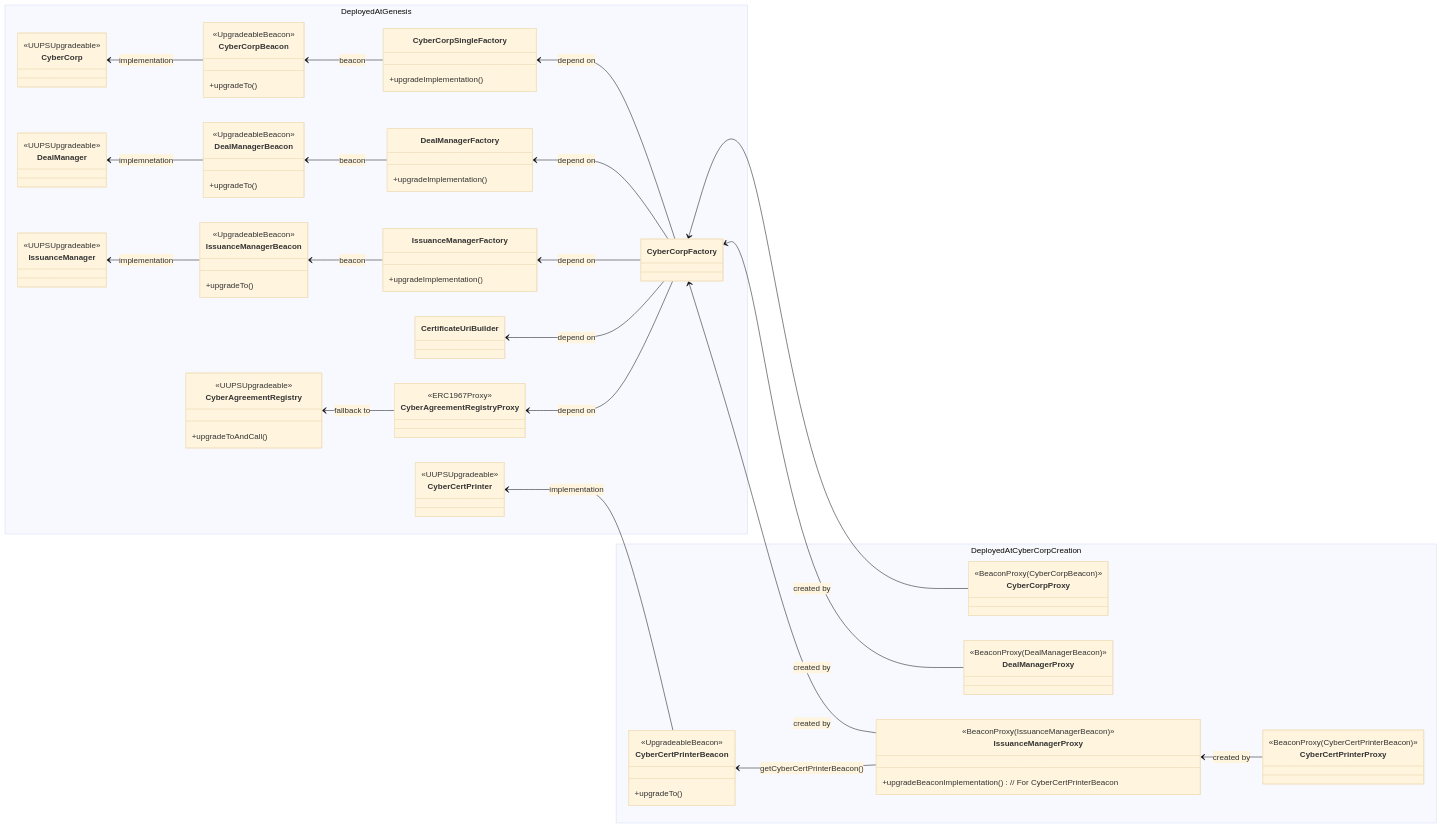
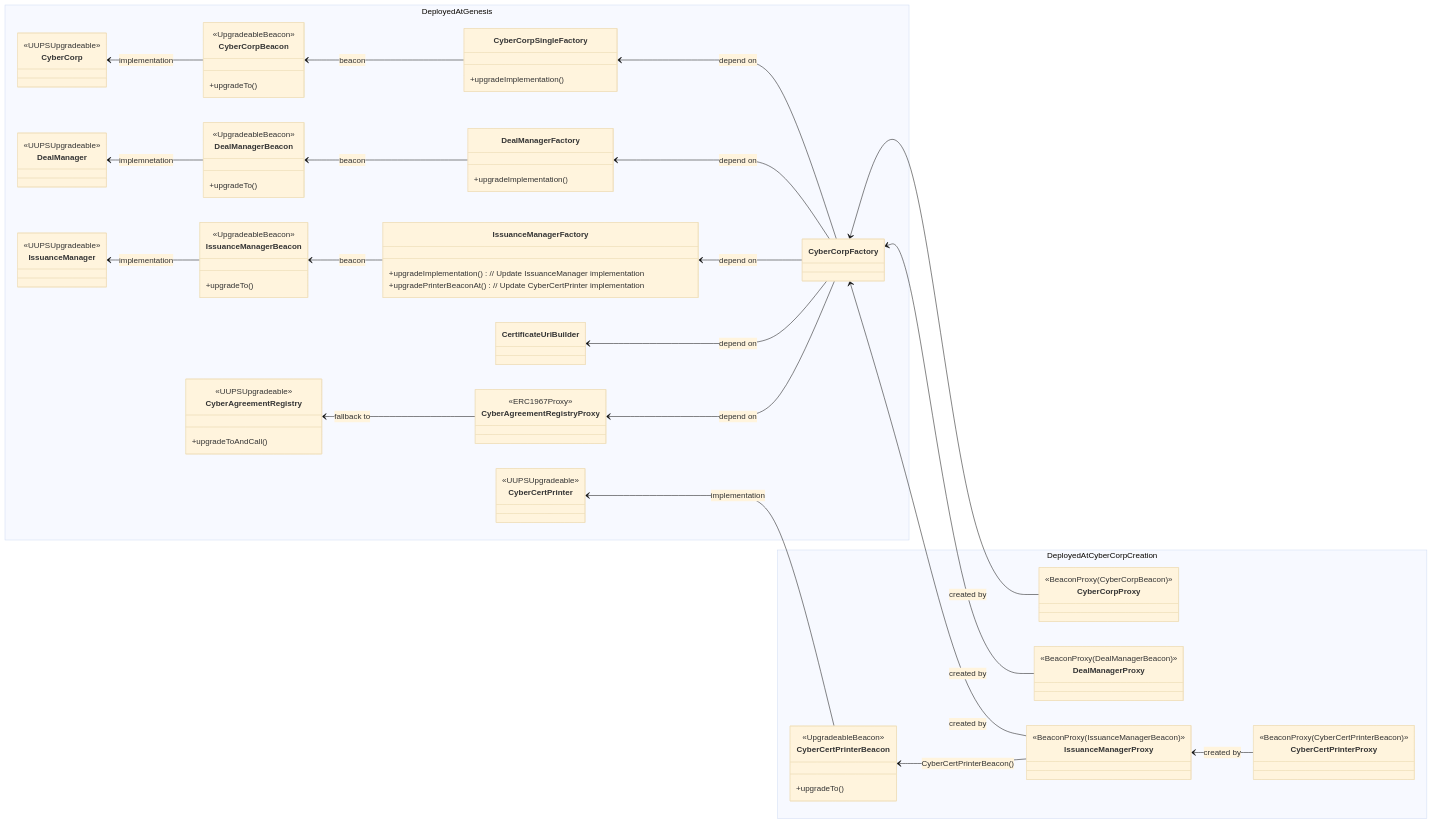
One commit to MetaLex-Tech/cybercorps-contracts changed the diagram in reports/upgradeability-analysis.md. Above: the diagram before and after it, drawn with Mermaid (base theme).

Commit message:
chore: Update scopes on beacon implementation upgrades

````diff
--- a/reports/upgradeability-analysis.md
+++ b/reports/upgradeability-analysis.md
@@ -45,7 +45,8 @@
             +upgradeTo()
         }
         class IssuanceManagerFactory {
-            +upgradeImplementation()
+            +upgradeImplementation() // Update IssuanceManager implementation
+            +upgradePrinterBeaconAt() // Update CyberCertPrinter implementation
         }
         
         class CertificateUriBuilder
@@ -77,7 +78,6 @@
         
         class IssuanceManagerProxy {
             <<BeaconProxy(IssuanceManagerBeacon)>>
-            +upgradeBeaconImplementation() // For CyberCertPrinterBeacon
         }
         
         class CyberCertPrinterBeacon {
@@ -112,6 +112,6 @@
     CyberCorpFactory <-- DealManagerProxy : created by
     
     CyberCertPrinter <-- CyberCertPrinterBeacon : implementation    
-    CyberCertPrinterBeacon <-- IssuanceManagerProxy : getCyberCertPrinterBeacon()
+    CyberCertPrinterBeacon <-- IssuanceManagerProxy : CyberCertPrinterBeacon()
     IssuanceManagerProxy <-- CyberCertPrinterProxy : created by    
 ```
````
